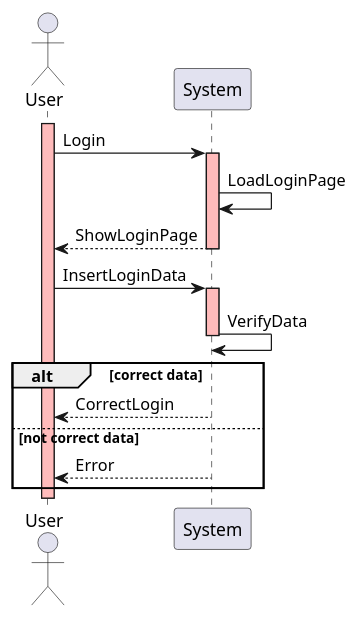
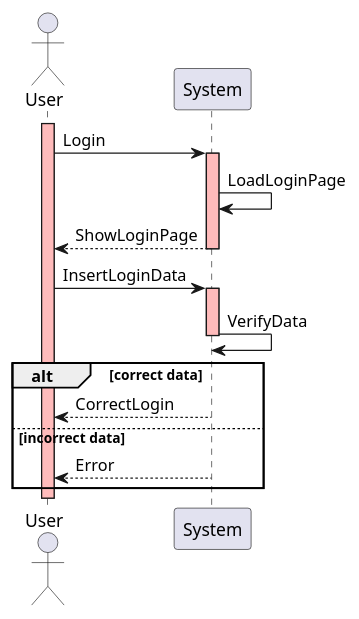
One commit to fcremo/AlfonsoCarsenzuolaCremonese-ingsw2 changed the diagram in rasd/sequence_diagram/sequence_diagram_login.plantuml. Above: the diagram before and after it, drawn with PlantUML. The commit also changed 6 other files, not shown here.

Commit message:
update use case diagram, sequence diagram

```diff
--- a/rasd/sequence_diagram/sequence_diagram_login.plantuml
+++ b/rasd/sequence_diagram/sequence_diagram_login.plantuml
@@ -1,23 +1,23 @@
 @startuml
 
 actor User
 participant System
 
 activate User #FFBBBB
 User -> System: Login
 activate System #FFBBBB
 System -> System: LoadLoginPage
 System --> User: ShowLoginPage
 deactivate System
 User -> System: InsertLoginData
 activate System #FFBBBB
 System -> System: VerifyData
 deactivate System
 
 alt correct data
   System --> User: CorrectLogin
-else not correct data
+else incorrect data
   System --> User: Error
 end
 
 @enduml
```
